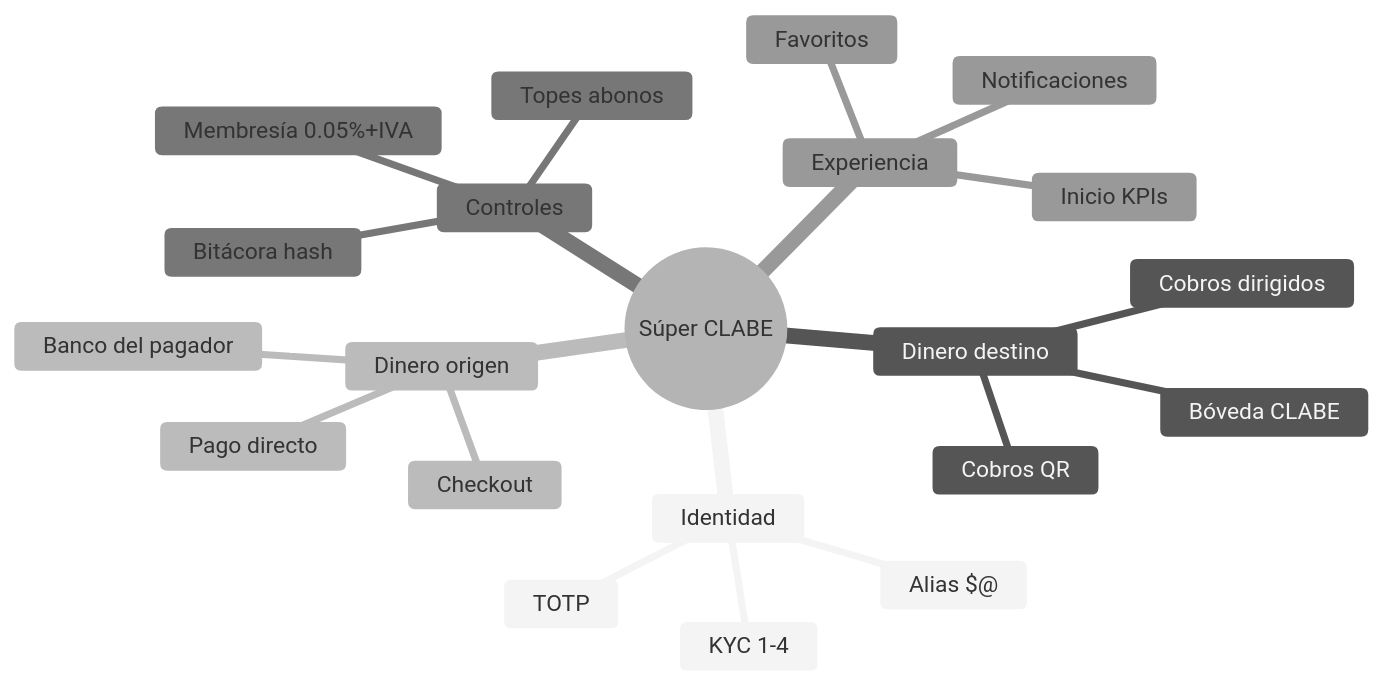
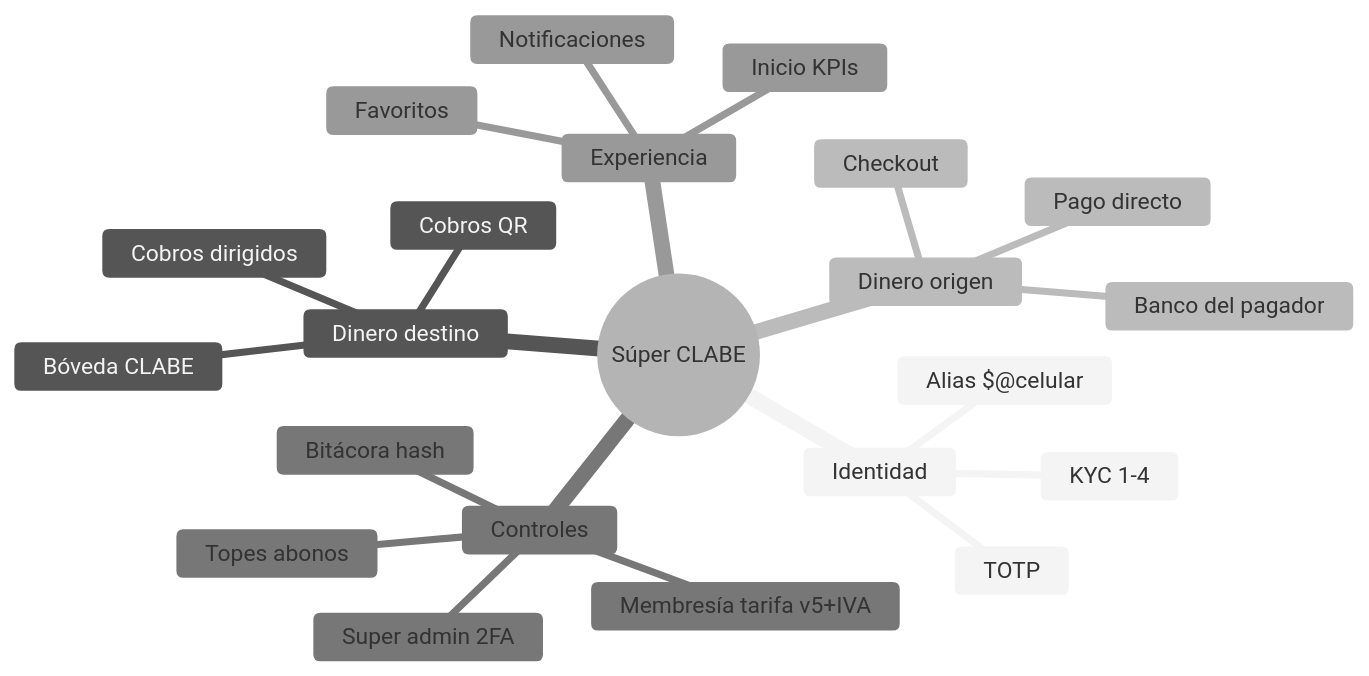
One commit to Spotynet/superclabe changed diagram 15 of 15 in docs/DOCUMENTACION-SISTEMA-COMPLETA.md. Above: the diagram before and after it, drawn with Mermaid (neutral theme). The commit also changed other lines of this file and 31 other files, not shown here.

````diff
--- a/docs/DOCUMENTACION-SISTEMA-COMPLETA.md
+++ b/docs/DOCUMENTACION-SISTEMA-COMPLETA.md
@@ -935,24 +1030,25 @@
 ```mermaid
 mindmap
   root((Súper CLABE))
     Identidad
-      Alias $@
+      Alias $@celular
       KYC 1-4
       TOTP
     Dinero destino
       Bóveda CLABE
       Cobros QR
       Cobros dirigidos
     Dinero origen
       Checkout
       Pago directo
       Banco del pagador
     Controles
-      Membresía 0.05%+IVA
+      Membresía tarifa v5+IVA
       Topes abonos
       Bitácora hash
+      Super admin 2FA
     Experiencia
       Favoritos
       Notificaciones
       Inicio KPIs
 ```
````
